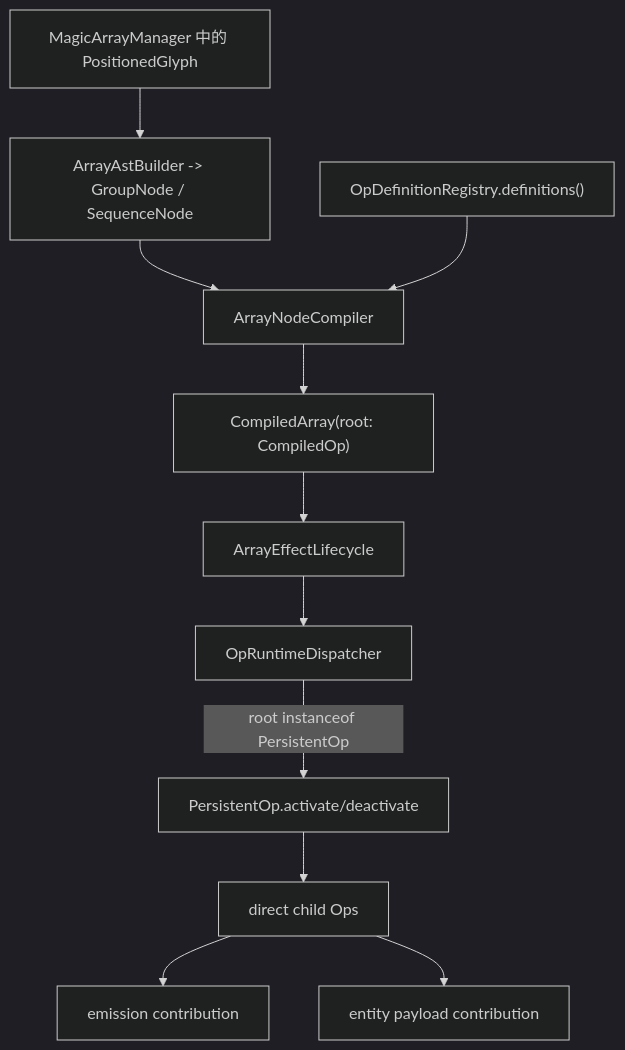
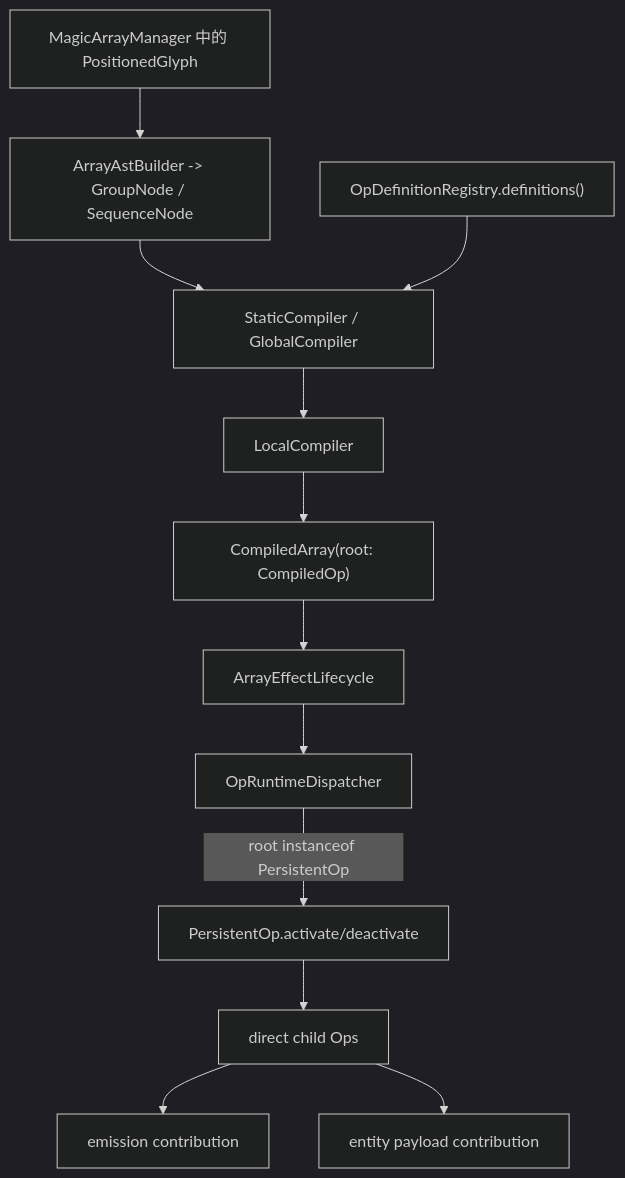
Before and after one commit to Steve10086/gyromancy: the diagram in operator.md, drawn with Mermaid (dark theme). The commit also changed other lines of this file and 86 other files, not shown here.

````diff
--- a/operator.md
+++ b/operator.md
@@ -14,25 +15,27 @@
 ```mermaid
 flowchart TD
     Glyphs["MagicArrayManager 中的 PositionedGlyph"]
     Ast["ArrayAstBuilder -> GroupNode / SequenceNode"]
-    Compile["ArrayNodeCompiler"]
+    Static["StaticCompiler / GlobalCompiler"]
+    Local["LocalCompiler"]
     Defs["OpDefinitionRegistry.definitions()"]
     Root["CompiledArray(root: CompiledOp)"]
     Lifecycle["ArrayEffectLifecycle"]
     Dispatcher["OpRuntimeDispatcher"]
     Persistent["PersistentOp.activate/deactivate"]
     DirectChild["direct child Ops"]
     EmitContribution["emission contribution"]
     PayloadContribution["entity payload contribution"]
 
     Glyphs --> Ast
-    Ast --> Compile
-    Defs --> Compile
-    Compile --> Root
+    Ast --> Static
+    Defs --> Static
+    Static --> Local
+    Local --> Root
     Root --> Lifecycle
     Lifecycle --> Dispatcher
     Dispatcher -->|"root instanceof PersistentOp"| Persistent
     Persistent --> DirectChild
     DirectChild --> EmitContribution
     DirectChild --> PayloadContribution
 ```
````
